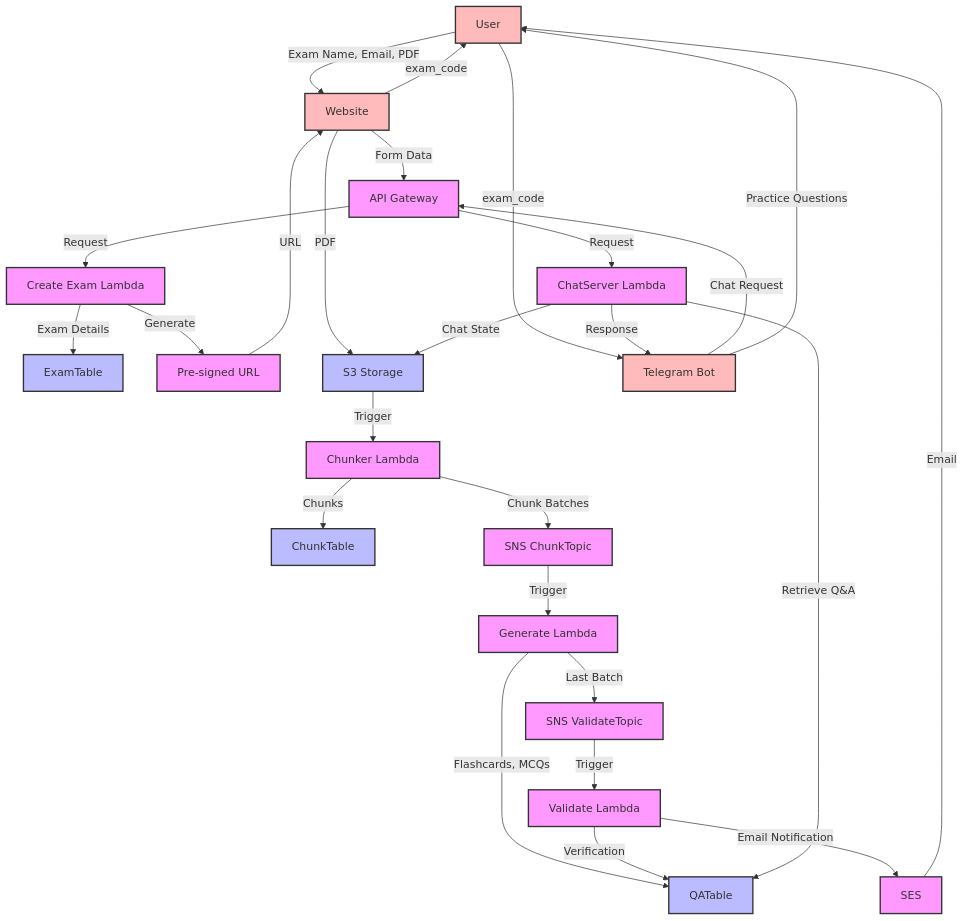
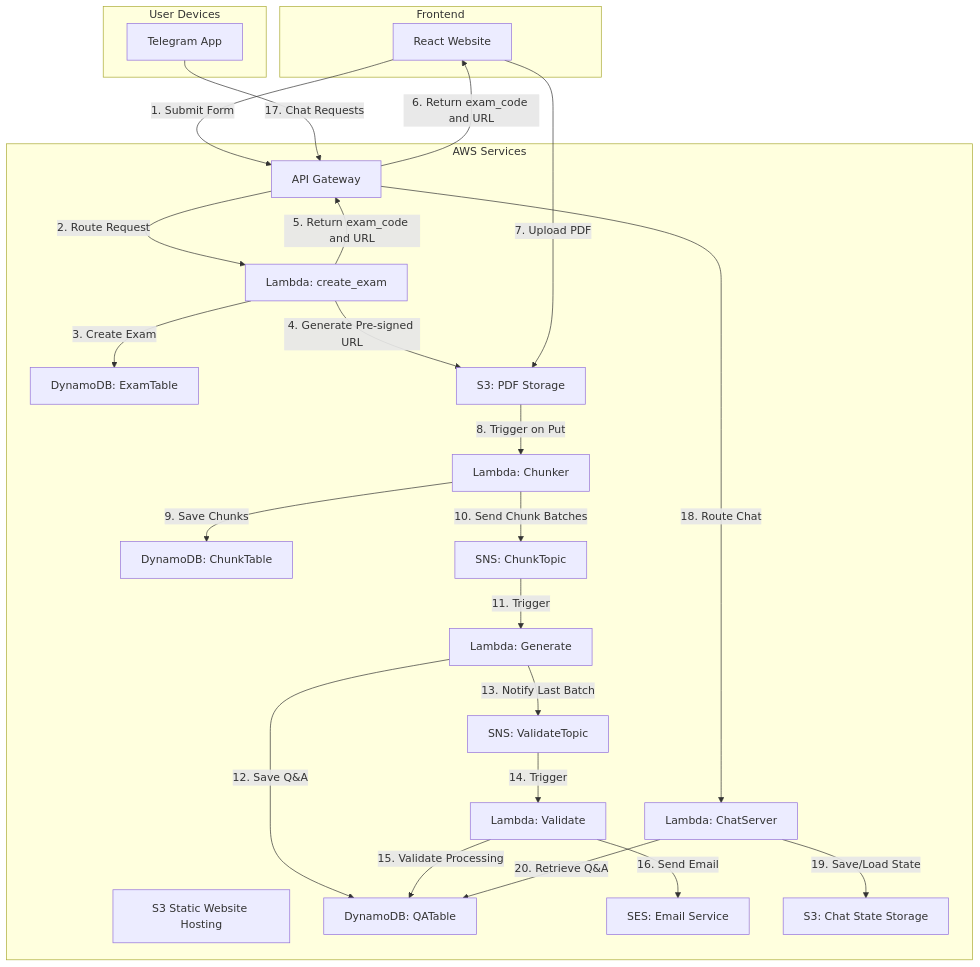
The diagram in examgpt-backend/assets/data_flow_diagram.md (rajkorde/ExamGPTCloud), drawn with Mermaid before and after one commit. The commit also changed 1 other file, not shown here.

Commit message:
added dataflow diagram

````diff
--- a/examgpt-backend/assets/data_flow_diagram.md
+++ b/examgpt-backend/assets/data_flow_diagram.md
@@ -1,37 +1,49 @@
 ```mermaid
-graph TD
-    U[User] -->|Exam Name, Email, PDF| W[Website]
-    W -->|Form Data| AG[API Gateway]
-    AG -->|Request| CE[Create Exam Lambda]
-    CE -->|Exam Details| ET[ExamTable]
-    CE -->|Generate| PS[Pre-signed URL]
-    PS -->|URL| W
-    W -->|exam_code| U
-    W -->|PDF| S3[S3 Storage]
-    S3 -->|Trigger| CL[Chunker Lambda]
-    CL -->|Chunks| CT[ChunkTable]
-    CL -->|Chunk Batches| SNS[SNS ChunkTopic]
-    SNS -->|Trigger| GL[Generate Lambda]
-    GL -->|Flashcards, MCQs| QA[QATable]
-    GL -->|Last Batch| VT[SNS ValidateTopic]
-    VT -->|Trigger| VL[Validate Lambda]
-    VL -->|Verification| QA
-    VL -->|Email Notification| SES[SES]
-    SES -->|Email| U
-    U -->|exam_code| TB[Telegram Bot]
-    TB -->|Chat Request| AG
-    AG -->|Request| CSL[ChatServer Lambda]
-    CSL -->|Chat State| S3
-    CSL -->|Retrieve Q&A| QA
-    CSL -->|Response| TB
-    TB -->|Practice Questions| U
+graph TB
+    subgraph "Frontend"
+        A[React Website]
+    end
 
-    classDef process fill:#f9f,stroke:#333,stroke-width:2px;
-    classDef data fill:#bbf,stroke:#333,stroke-width:2px;
-    classDef external fill:#fbb,stroke:#333,stroke-width:2px;
+    subgraph "AWS Services"
+        B[S3 Static Website Hosting]
+        C[API Gateway]
+        D[Lambda: create_exam]
+        E[DynamoDB: ExamTable]
+        F[S3: PDF Storage]
+        G[Lambda: Chunker]
+        H[DynamoDB: ChunkTable]
+        I[SNS: ChunkTopic]
+        J[Lambda: Generate]
+        K[DynamoDB: QATable]
+        L[SNS: ValidateTopic]
+        M[Lambda: Validate]
+        N[SES: Email Service]
+        O[Lambda: ChatServer]
+        P[S3: Chat State Storage]
+    end
 
-    class U,W,TB external;
-    class ET,CT,QA,S3 data;
-    class CE,CL,GL,VL,CSL process;
-    class AG,SNS,VT,SES,PS process;
+    subgraph "User Devices"
+        Q[Telegram App]
+    end
+
+    A -->|1. Submit Form| C
+    C -->|2. Route Request| D
+    D -->|3. Create Exam| E
+    D -->|4. Generate Pre-signed URL| F
+    D -->|5. Return exam_code and URL| C
+    C -->|6. Return exam_code and URL| A
+    A -->|7. Upload PDF| F
+    F -->|8. Trigger on Put| G
+    G -->|9. Save Chunks| H
+    G -->|10. Send Chunk Batches| I
+    I -->|11. Trigger| J
+    J -->|12. Save Q&A| K
+    J -->|13. Notify Last Batch| L
+    L -->|14. Trigger| M
+    M -->|15. Validate Processing| K
+    M -->|16. Send Email| N
+    Q -->|17. Chat Requests| C
+    C -->|18. Route Chat| O
+    O -->|19. Save/Load State| P
+    O -->|20. Retrieve Q&A| K
 ```
````
